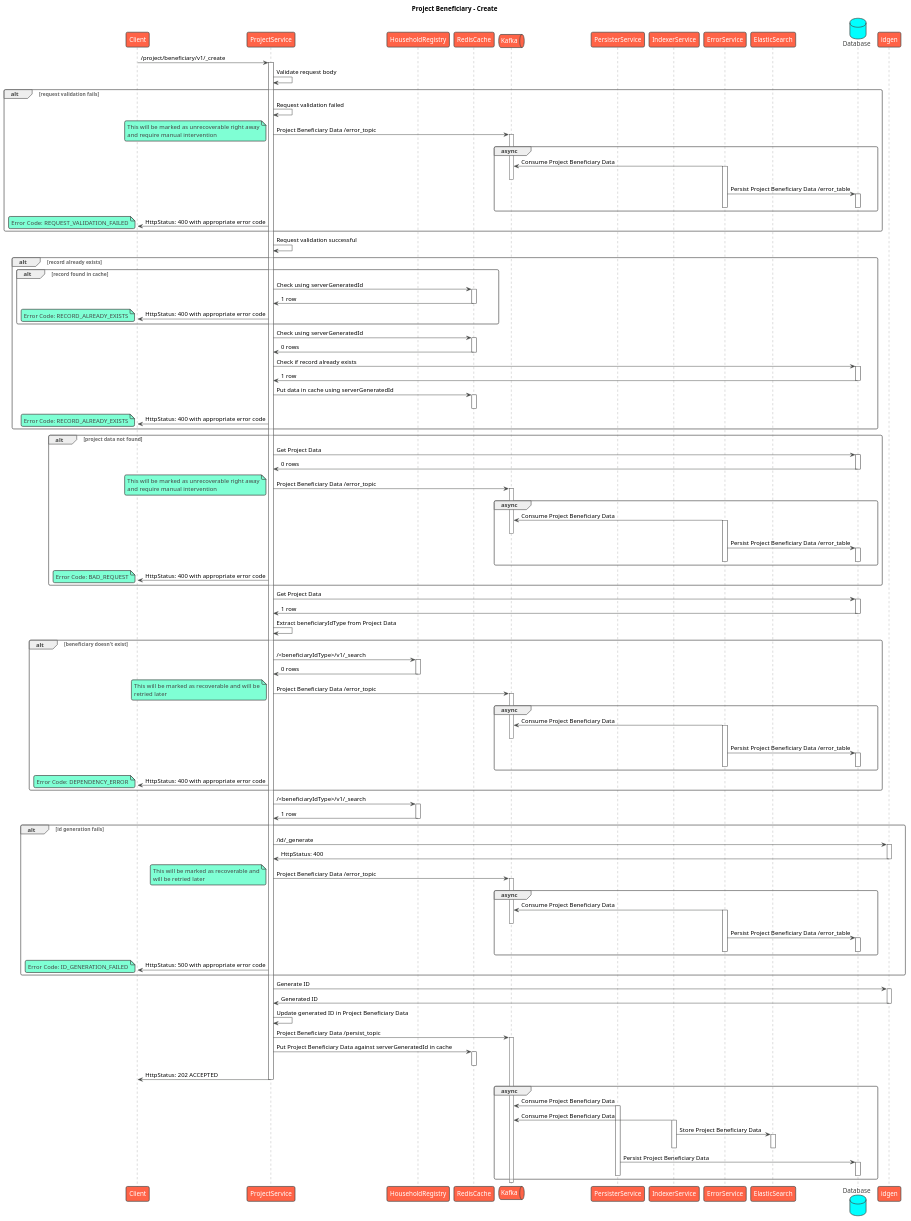
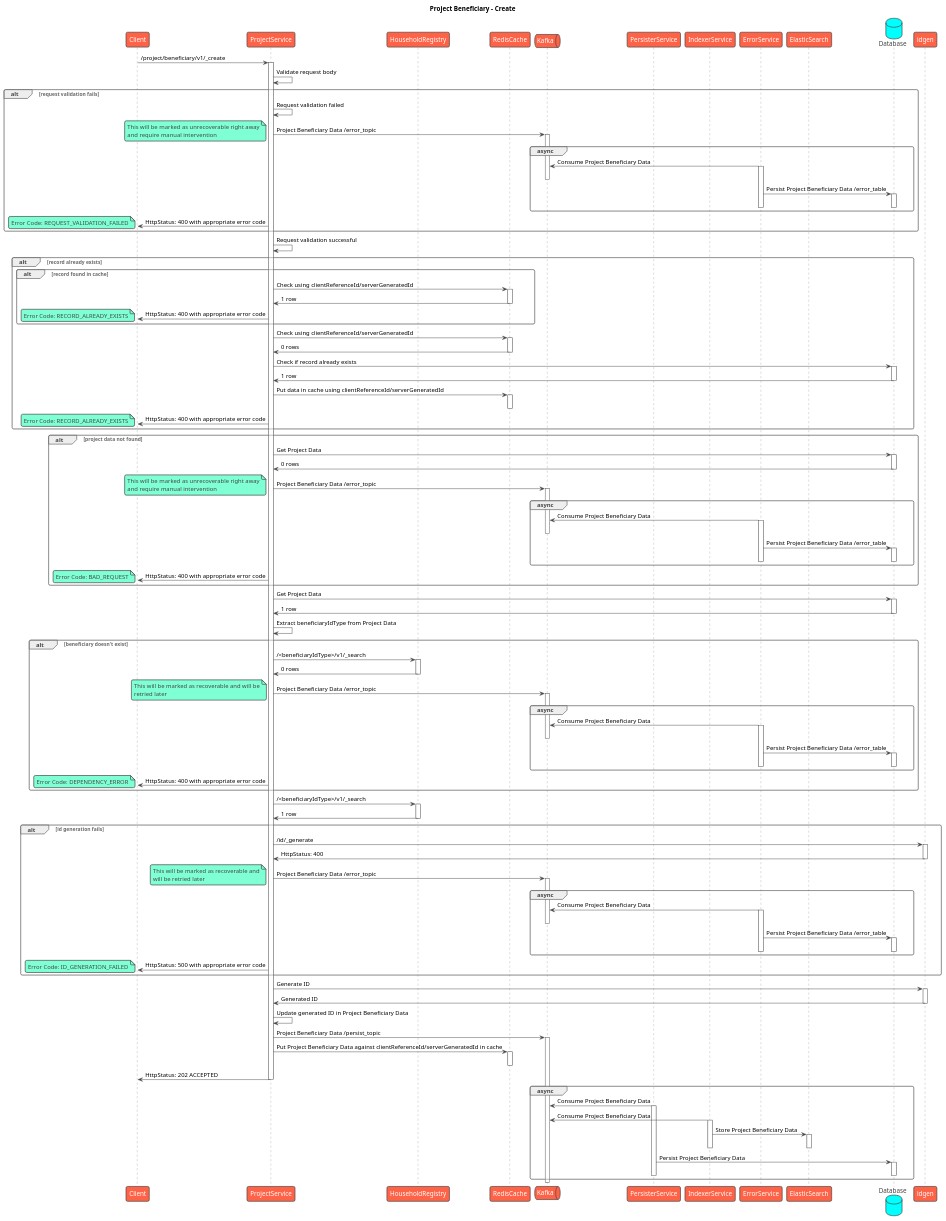
The diagram in contracts/project/beneficiary/sequence/create.puml (egovernments/health-api-specs), drawn with PlantUML before and after one commit. The commit also changed 15 other files, not shown here.

First line of the commit message:
Sequence: /project/v1/_search and /project/v1/_update

```diff
--- a/contracts/project/beneficiary/sequence/create.puml
+++ b/contracts/project/beneficiary/sequence/create.puml
@@ -1,178 +1,178 @@
 @startuml
 title Project Beneficiary - Create
 !theme vibrant
 participant Client as c
 participant ProjectService as s
 participant HouseholdRegistry as s2
 participant RedisCache as rc
 queue Kafka as k
 participant PersisterService as prs
 participant IndexerService as idx
 participant ErrorService as es
 participant ElasticSearch as el
 database Database as db
 c -> s : /project/beneficiary/v1/_create
 activate s
 s -> s: Validate request body
 alt request validation fails
     s -> s: Request validation failed
     s -> k: Project Beneficiary Data /error_topic
     note left
         This will be marked as unrecoverable right away
         and require manual intervention
     end note
     activate k
     group async
         es -> k: Consume Project Beneficiary Data
         activate es
         deactivate k
         es -> db: Persist Project Beneficiary Data /error_table
         activate db
         deactivate db
         deactivate es
     end
     s -> c: HttpStatus: 400 with appropriate error code
     note left
         Error Code: REQUEST_VALIDATION_FAILED
     end note
 end
 s -> s: Request validation successful
 alt record already exists
     alt record found in cache
-      s -> rc: Check using serverGeneratedId
+      s -> rc: Check using clientReferenceId/serverGeneratedId
       activate rc
       rc -> s: 1 row
       deactivate rc
       s -> c: HttpStatus: 400 with appropriate error code
       note left
           Error Code: RECORD_ALREADY_EXISTS
       end note
     end
-    s -> rc: Check using serverGeneratedId
+    s -> rc: Check using clientReferenceId/serverGeneratedId
     activate rc
     rc -> s: 0 rows
     deactivate rc
     s -> db: Check if record already exists
     activate db
     db -> s: 1 row
     deactivate db
-    s -> rc: Put data in cache using serverGeneratedId
+    s -> rc: Put data in cache using clientReferenceId/serverGeneratedId
     activate rc
     deactivate rc
     s -> c: HttpStatus: 400 with appropriate error code
     note left
         Error Code: RECORD_ALREADY_EXISTS
     end note
 end
 alt project data not found
     s -> db: Get Project Data
     activate db
     db -> s: 0 rows
     deactivate db
     s -> k: Project Beneficiary Data /error_topic
     note left
         This will be marked as unrecoverable right away
         and require manual intervention
     end note
     activate k
     group async
         es -> k: Consume Project Beneficiary Data
         activate es
         deactivate k
         es -> db: Persist Project Beneficiary Data /error_table
         activate db
         deactivate db
         deactivate es
     end
     s -> c: HttpStatus: 400 with appropriate error code
     note left
         Error Code: BAD_REQUEST
     end note
 end
 s -> db: Get Project Data
 activate db
 db -> s: 1 row
 deactivate db
 s -> s: Extract beneficiaryIdType from Project Data
 alt beneficiary doesn't exist
     s -> s2: /<beneficiaryIdType>/v1/_search
     activate s2
     s2 -> s: 0 rows
     deactivate s2
     s -> k: Project Beneficiary Data /error_topic
     note left
         This will be marked as recoverable and will be
         retried later
     end note
     activate k
     group async
         es -> k: Consume Project Beneficiary Data
         activate es
         deactivate k
         es -> db: Persist Project Beneficiary Data /error_table
         activate db
         deactivate db
         deactivate es
     end
     s -> c: HttpStatus: 400 with appropriate error code
     note left
         Error Code: DEPENDENCY_ERROR
     end note
 end
 s -> s2: /<beneficiaryIdType>/v1/_search
 activate s2
 s2 -> s: 1 row
 deactivate s2
 alt id generation fails
     s -> idgen: /id/_generate
     activate idgen
     idgen -> s: HttpStatus: 400
     deactivate idgen
     s -> k: Project Beneficiary Data /error_topic
     note left
         This will be marked as recoverable and
         will be retried later
     end note
     activate k
     group async
         es -> k: Consume Project Beneficiary Data
         activate es
         deactivate k
         es -> db: Persist Project Beneficiary Data /error_table
         activate db
         deactivate db
         deactivate es
     end
     s -> c: HttpStatus: 500 with appropriate error code
     note left
       Error Code: ID_GENERATION_FAILED
     end note
 end
 s -> idgen: Generate ID
 activate idgen
 idgen -> s: Generated ID
 deactivate idgen
 s -> s: Update generated ID in Project Beneficiary Data
 s -> k: Project Beneficiary Data /persist_topic
 activate k
-s -> rc: Put Project Beneficiary Data against serverGeneratedId in cache
+s -> rc: Put Project Beneficiary Data against clientReferenceId/serverGeneratedId in cache
 activate rc
 deactivate rc
 s -> c: HttpStatus: 202 ACCEPTED
 deactivate s
 group async
     prs -> k: Consume Project Beneficiary Data
     activate prs
     idx -> k: Consume Project Beneficiary Data
     activate idx
     idx -> el: Store Project Beneficiary Data
     activate el
     deactivate el
     deactivate idx
     prs -> db: Persist Project Beneficiary Data
     activate db
     deactivate db
     deactivate prs
 end
 deactivate k
 @enduml
```
